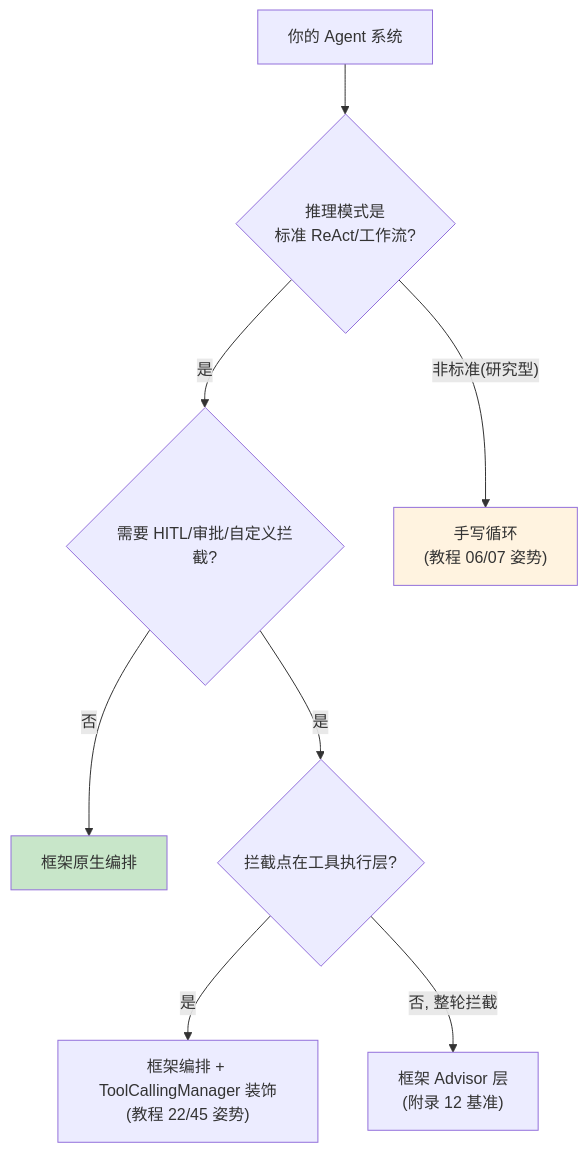
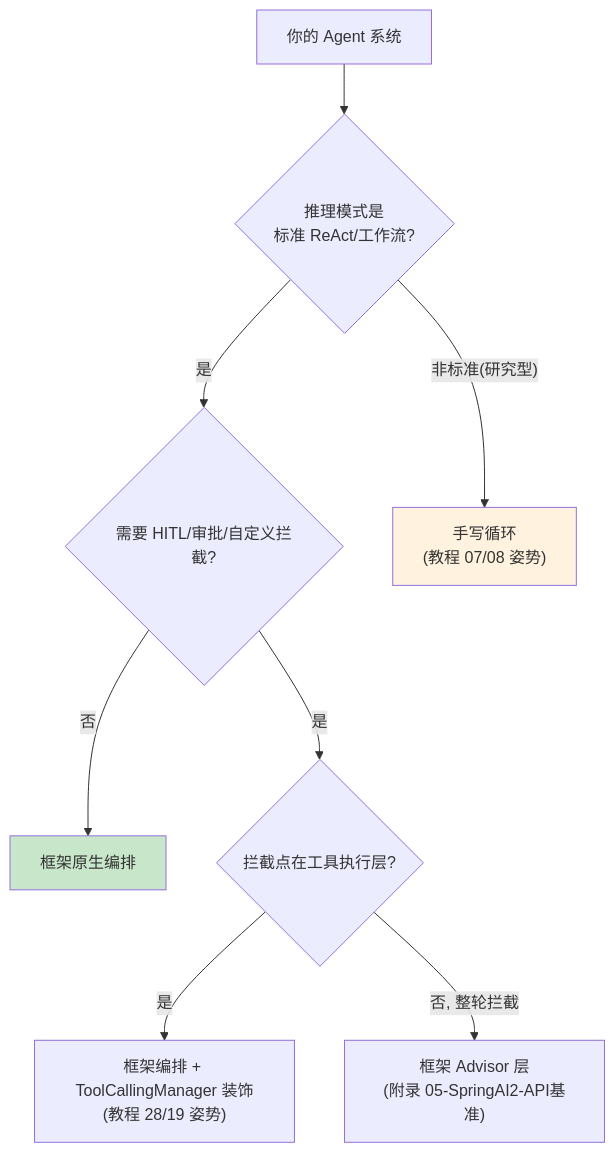
Before and after one commit to UranusGit/java-agent-learn: the first of 3 diagrams in docs/教程/46-SpringAI2-Agentic架构.md, drawn with Mermaid. The commit also changed other lines of this file and 244 other files, not shown here.

````diff
--- a/docs/教程/46-SpringAI2-Agentic架构.md
+++ b/docs/教程/46-SpringAI2-Agentic架构.md
@@ -15,13 +15,13 @@
 ```mermaid
 flowchart TB
     Q["你的 Agent 系统"] --> A{"推理模式是<br/>标准 ReAct/工作流?"}
     A -- 是 --> B{"需要 HITL/审批/自定义拦截?"}
-    A -- 非标准(研究型) --> M["手写循环<br/>(教程 06/07 姿势)"]
+    A -- 非标准(研究型) --> M["手写循环<br/>(教程 07/08 姿势)"]
     B -- 否 --> F["框架原生编排"]
     B -- 是 --> C{"拦截点在工具执行层?"}
-    C -- 是 --> F2["框架编排 + ToolCallingManager 装饰<br/>(教程 22/45 姿势)"]
-    C -- 否, 整轮拦截 --> D["框架 Advisor 层<br/>(附录 12 基准)"]
+    C -- 是 --> F2["框架编排 + ToolCallingManager 装饰<br/>(教程 28/19 姿势)"]
+    C -- 否, 整轮拦截 --> D["框架 Advisor 层<br/>(附录 05-SpringAI2-API基准)"]
 
     style F fill:#c8e6c9
     style M fill:#fff3e0
 ```
````
